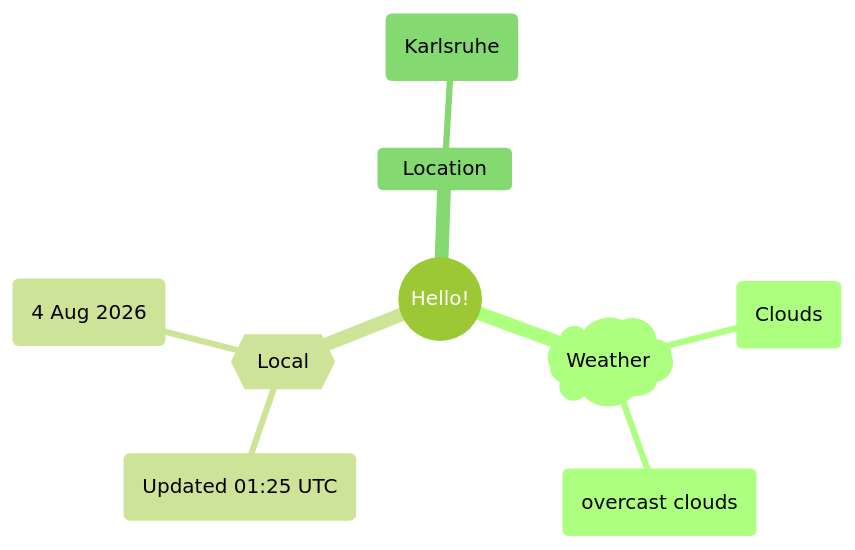
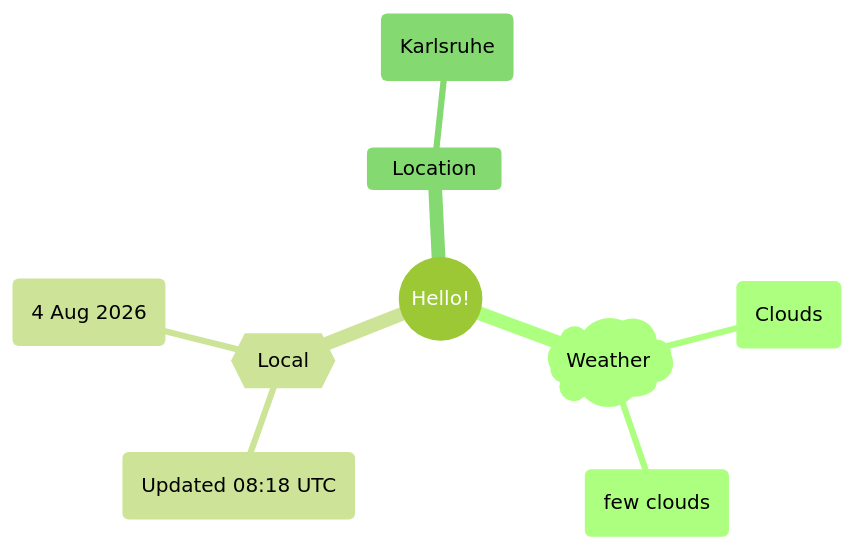
Before and after one commit to Xosrov/Xosrov: the first of 2 diagrams in README.md, drawn with Mermaid (forest theme).

Commit message:
[bot] updated images

````diff
--- a/README.md
+++ b/README.md
@@ -3,12 +3,12 @@
 ```mermaid
 mindmap
   root((Hello!))
     )Weather(
         (Clouds)
-        (overcast clouds)
+        (few clouds)
     {{Local}}
-        (Updated 01:25 UTC)
+        (Updated 08:18 UTC)
         (4 Aug 2026)
     Location
         (Karlsruhe)
 ```
````
